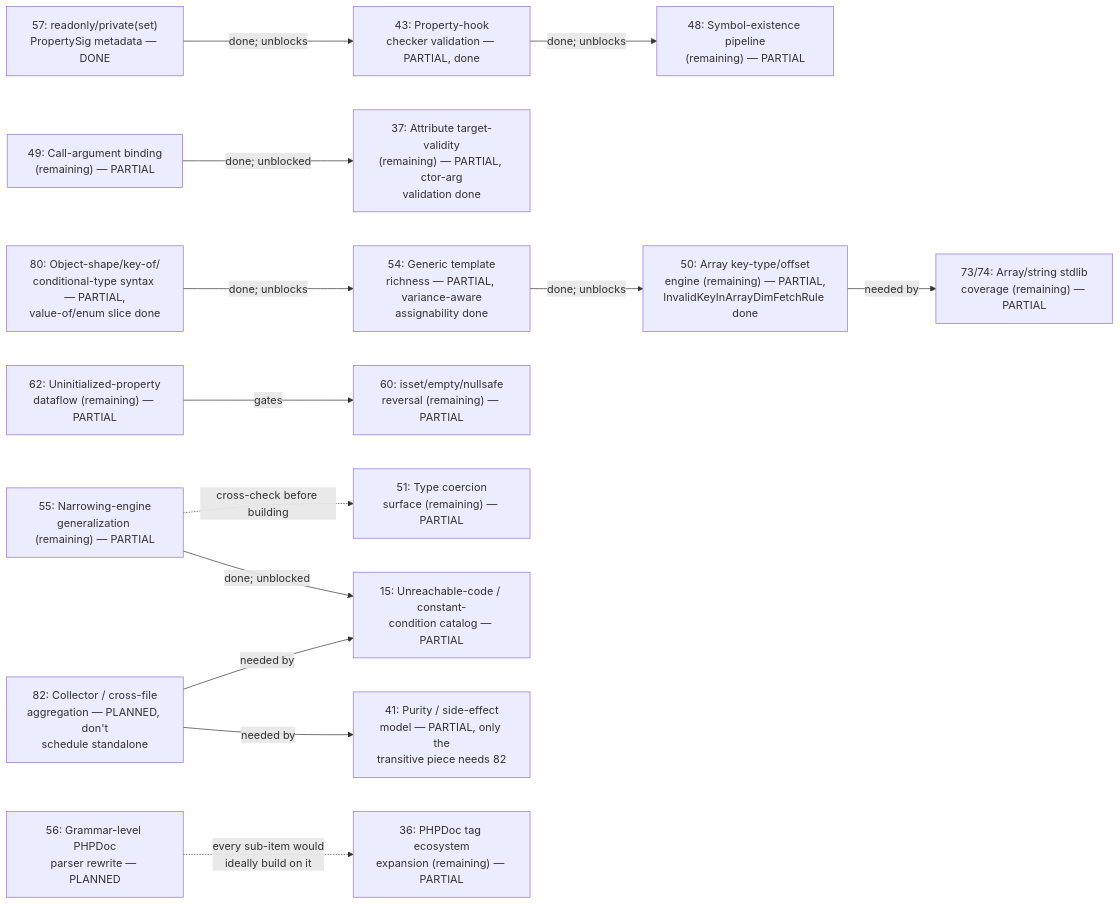
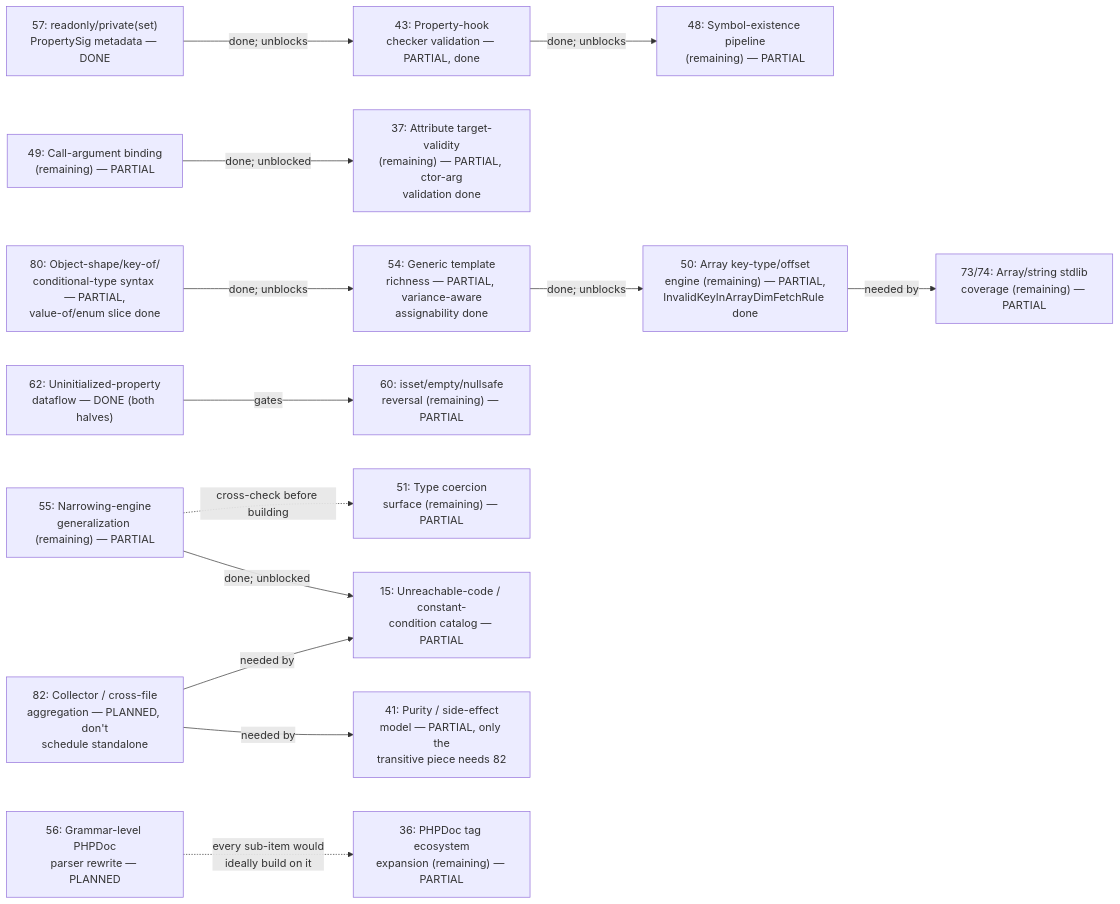
Before and after one commit to darktorres/phpstan-rs: the diagram in PHASE_DEPENDENCIES.md, drawn with Mermaid. The commit also changed other lines of this file and 6 other files, not shown here.

````diff
--- a/PHASE_DEPENDENCIES.md
+++ b/PHASE_DEPENDENCIES.md
@@ -15,34 +15,34 @@
 ```mermaid
 graph LR
     P57["57: readonly/private(set)\nPropertySig metadata — DONE"]
     P43["43: Property-hook\nchecker validation — PARTIAL, done"]
     P48["48: Symbol-existence pipeline\n(remaining) — PARTIAL"]
     P49["49: Call-argument binding\n(remaining) — PARTIAL"]
     P37["37: Attribute target-validity\n(remaining) — PARTIAL, ctor-arg\nvalidation done"]
     P54["54: Generic template\nrichness — PARTIAL, variance-aware\nassignability done"]
     P50["50: Array key-type/offset\nengine (remaining) — PARTIAL,\nInvalidKeyInArrayDimFetchRule done"]
     P80["80: Object-shape/key-of/\nconditional-type syntax — PARTIAL,\nvalue-of/enum slice done"]
     P51["51: Type coercion\nsurface (remaining) — PARTIAL"]
     P73["73/74: Array/string stdlib\ncoverage (remaining) — PARTIAL"]
-    P62["62: Uninitialized-property\ndataflow (remaining) — PARTIAL"]
+    P62["62: Uninitialized-property\ndataflow — DONE (both halves)"]
     P60["60: isset/empty/nullsafe\nreversal (remaining) — PARTIAL"]
     P82["82: Collector / cross-file\naggregation — PLANNED, don't\nschedule standalone"]
     P41["41: Purity / side-effect\nmodel — PARTIAL, only the\ntransitive piece needs 82"]
     P15["15: Unreachable-code / constant-\ncondition catalog — PARTIAL"]
     P55["55: Narrowing-engine\ngeneralization (remaining) — PARTIAL"]
     P56["56: Grammar-level PHPDoc\nparser rewrite — PLANNED"]
     P36["36: PHPDoc tag ecosystem\nexpansion (remaining) — PARTIAL"]
 
     P57 -->|done; unblocks| P43
     P43 -->|done; unblocks| P48
     P49 -->|done; unblocked| P37
     P54 -->|done; unblocks| P50
     P80 -->|done; unblocks| P54
     P50 -->|needed by| P73
     P62 -->|gates| P60
     P82 -->|needed by| P41
     P82 -->|needed by| P15
     P55 -->|done; unblocked| P15
     P55 -.->|cross-check before building| P51
     P56 -.->|every sub-item would\nideally build on it| P36
 ```
````
